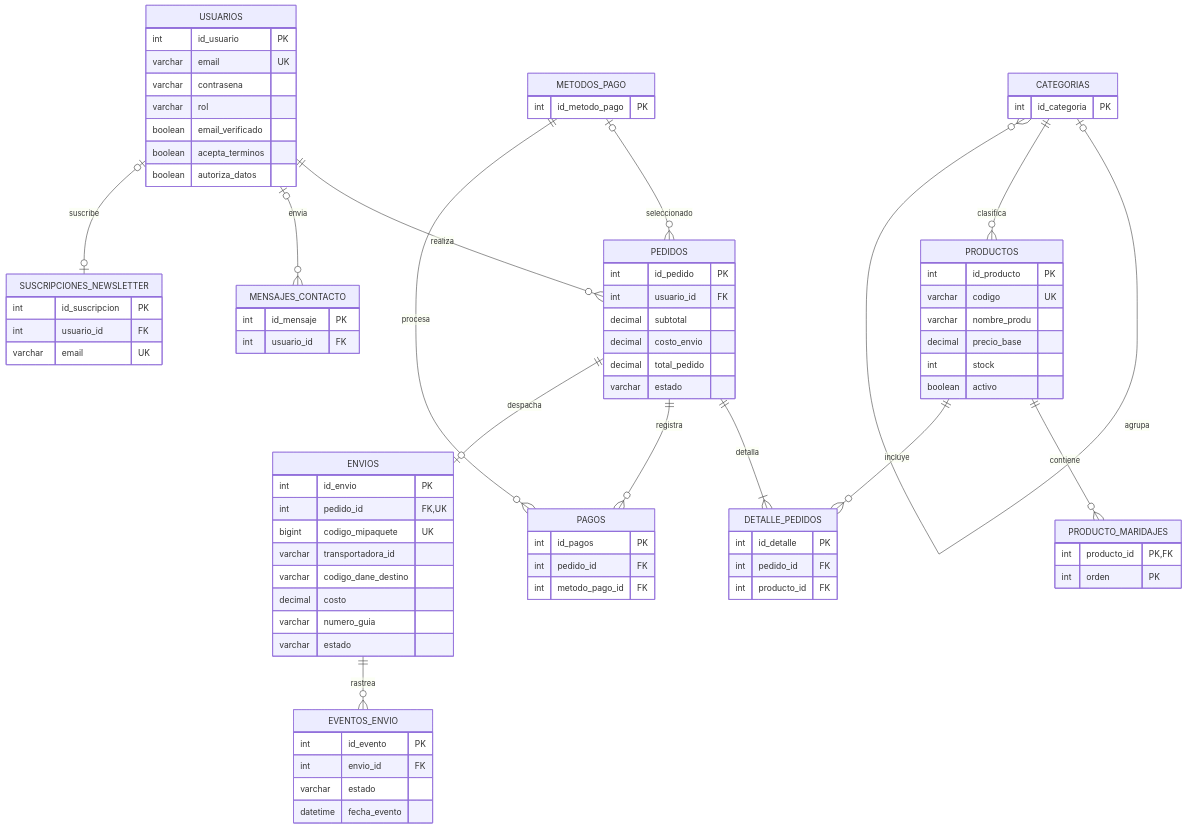
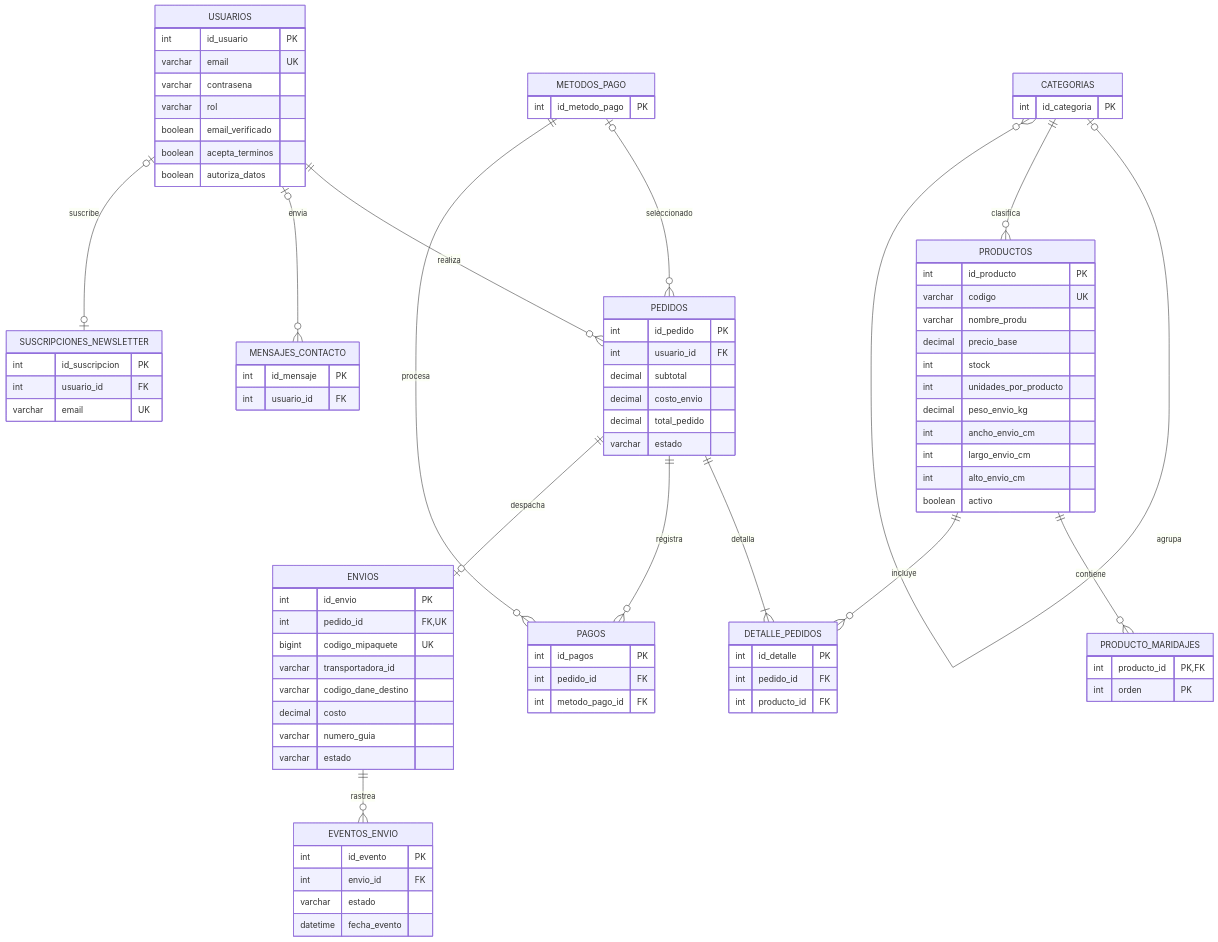
Before and after one commit to Raydan08x/e-commerce-sd-fullstack: the diagram in database/modelo-er-definitivo.mmd, drawn with Mermaid. The commit also changed 40 other files, not shown here.

```diff
--- a/database/modelo-er-definitivo.mmd
+++ b/database/modelo-er-definitivo.mmd
@@ -1,63 +1,68 @@
 erDiagram
     USUARIOS ||--o{ PEDIDOS : realiza
     USUARIOS o|--o{ MENSAJES_CONTACTO : envia
     USUARIOS o|--o| SUSCRIPCIONES_NEWSLETTER : suscribe
     CATEGORIAS o|--o{ CATEGORIAS : agrupa
     CATEGORIAS ||--o{ PRODUCTOS : clasifica
     PRODUCTOS ||--o{ PRODUCTO_MARIDAJES : contiene
     PRODUCTOS ||--o{ DETALLE_PEDIDOS : incluye
     PEDIDOS ||--|{ DETALLE_PEDIDOS : detalla
     METODOS_PAGO o|--o{ PEDIDOS : seleccionado
     PEDIDOS ||--o{ PAGOS : registra
     METODOS_PAGO ||--o{ PAGOS : procesa
     PEDIDOS ||--o| ENVIOS : despacha
     ENVIOS ||--o{ EVENTOS_ENVIO : rastrea
 
     USUARIOS {
       int id_usuario PK
       varchar email UK
       varchar contrasena
       varchar rol
       boolean email_verificado
       boolean acepta_terminos
       boolean autoriza_datos
     }
     PRODUCTOS {
       int id_producto PK
       varchar codigo UK
       varchar nombre_produ
       decimal precio_base
       int stock
+      int unidades_por_producto
+      decimal peso_envio_kg
+      int ancho_envio_cm
+      int largo_envio_cm
+      int alto_envio_cm
       boolean activo
     }
     PEDIDOS {
       int id_pedido PK
       int usuario_id FK
       decimal subtotal
       decimal costo_envio
       decimal total_pedido
       varchar estado
     }
     ENVIOS {
       int id_envio PK
       int pedido_id FK,UK
       bigint codigo_mipaquete UK
       varchar transportadora_id
       varchar codigo_dane_destino
       decimal costo
       varchar numero_guia
       varchar estado
     }
     EVENTOS_ENVIO {
       int id_evento PK
       int envio_id FK
       varchar estado
       datetime fecha_evento
     }
     CATEGORIAS { int id_categoria PK }
     PRODUCTO_MARIDAJES { int producto_id PK,FK int orden PK }
     DETALLE_PEDIDOS { int id_detalle PK int pedido_id FK int producto_id FK }
     METODOS_PAGO { int id_metodo_pago PK }
     PAGOS { int id_pagos PK int pedido_id FK int metodo_pago_id FK }
     MENSAJES_CONTACTO { int id_mensaje PK int usuario_id FK }
     SUSCRIPCIONES_NEWSLETTER { int id_suscripcion PK int usuario_id FK varchar email UK }
```
